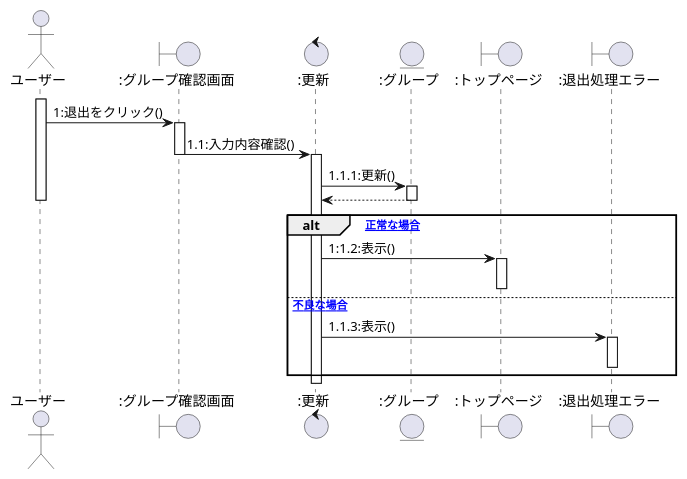
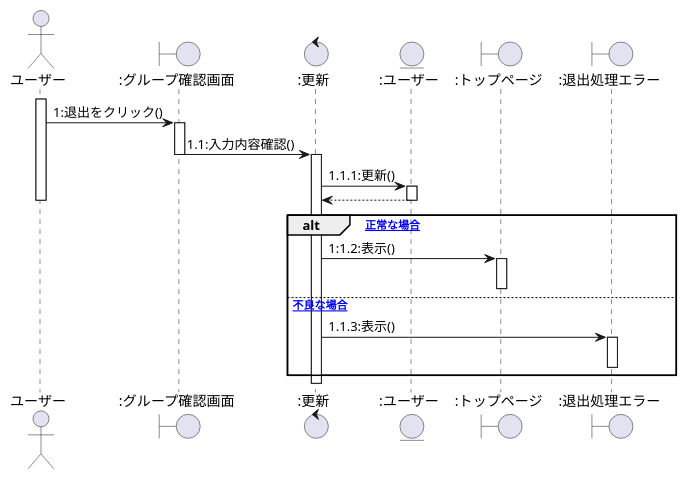
One commit to ksw2270227/GroupF changed the third of 8 diagrams in user2_sequence.plantuml. Above: the diagram before and after it, drawn with PlantUML. The commit also changed other lines of this file and 1 other file, not shown here.

```diff
--- a/user2_sequence.plantuml
+++ b/user2_sequence.plantuml
@@ -67,32 +67,32 @@
 @startuml グループ退出シーケンス図
 actor ユーザー as 0
 boundary ":グループ確認画面" as a
 control ":更新" as b
-entity ":グループ" as c
+entity ":ユーザー" as c
 boundary ":トップページ" as d
 boundary ":退出処理エラー" as e
 
 activate 0
     0 -> a:1:退出をクリック()
     activate a
     a -> b:1.1:入力内容確認()
     deactivate a
     activate b
     b -> c:1.1.1:更新()
     activate c
     c --> b
     deactivate c
     deactivate 0
     
     alt [正常な場合]
     b -> d:1:1.2:表示()
     activate d
     deactivate d
     else [不良な場合]
     b -> e:1.1.3:表示()
     activate e
     deactivate e   
     
     deactivate e
     end
 @enduml
```
